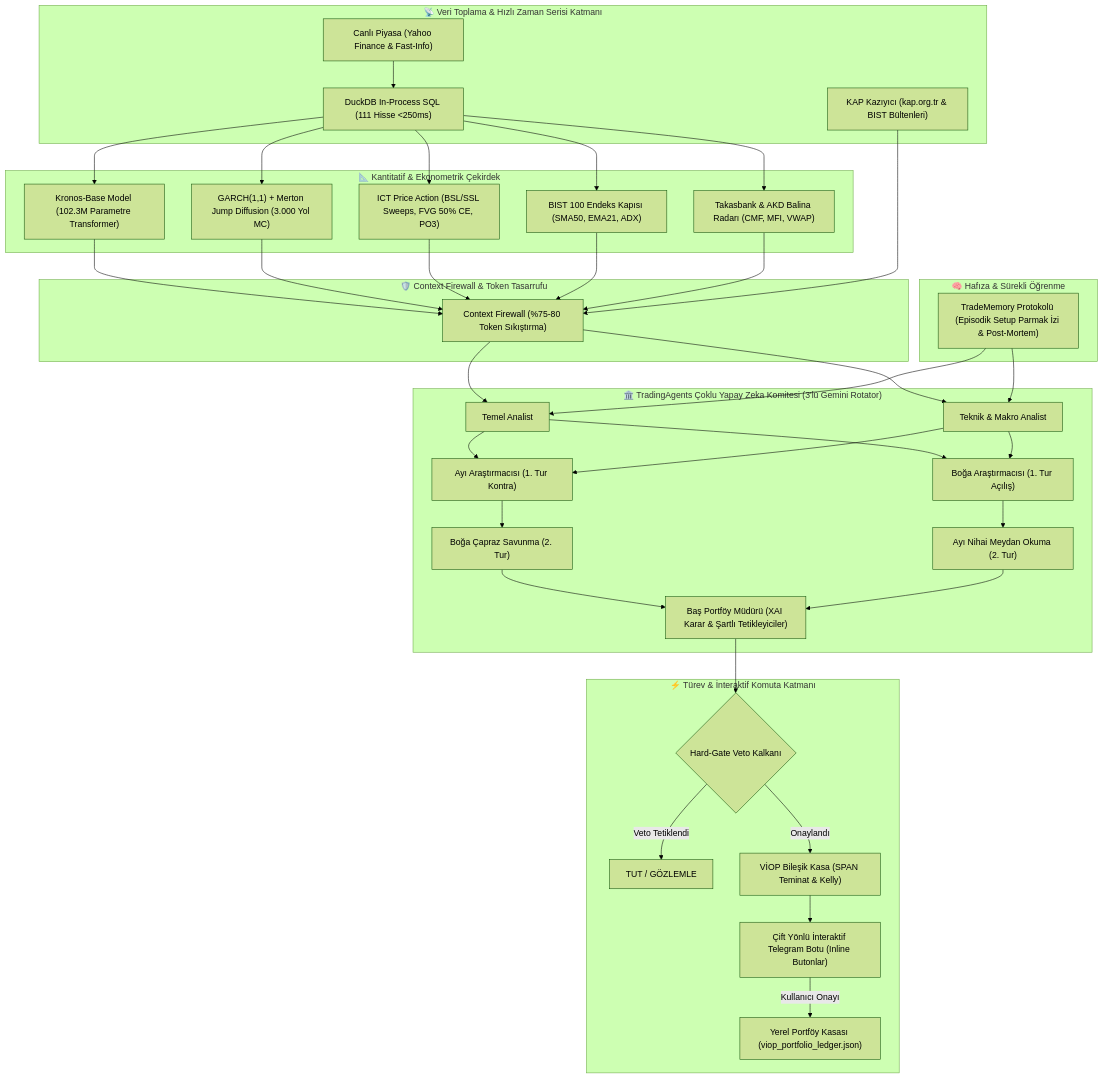
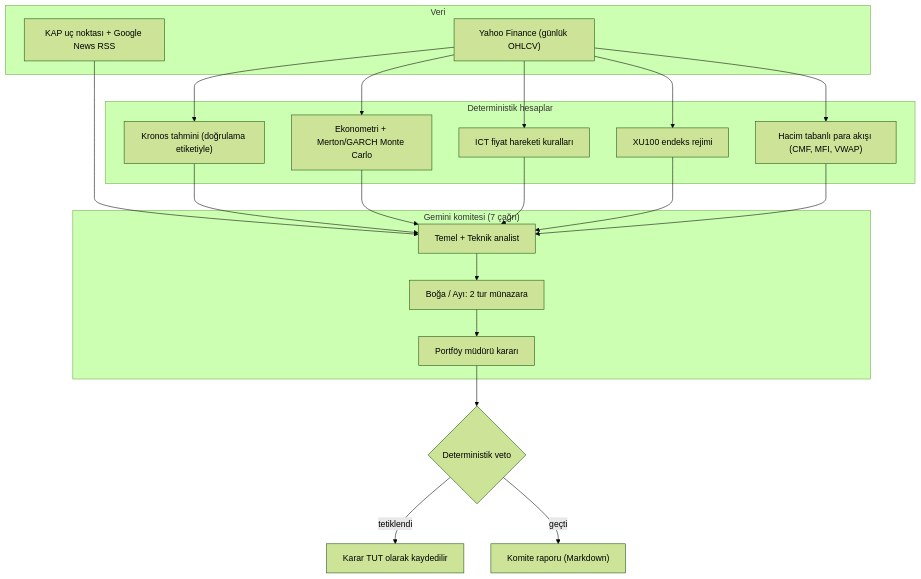
One commit to ferall57/BIST100-Hybrid-AI-Quant changed the diagram in README.md. Above: the diagram before and after it, drawn with Mermaid (forest theme). The commit also changed other lines of this file and 1 other file, not shown here.

````diff
--- a/README.md
+++ b/README.md
@@ -36,61 +60,28 @@
 ```mermaid
 flowchart TD
-    subgraph Data_Layer ["📡 Veri Toplama & Hızlı Zaman Serisi Katmanı"]
-        YF["Canlı Piyasa (Yahoo Finance & Fast-Info)"]
-        KAP["KAP Kazıyıcı (kap.org.tr & BIST Bültenleri)"]
-        DDB["DuckDB In-Process SQL (111 Hisse <250ms)"]
-        YF --> DDB
+    subgraph Veri ["Veri"]
+        YF["Yahoo Finance (günlük OHLCV)"]
+        NEWS["KAP uç noktası + Google News RSS"]
     end
 
-    subgraph Quant_Layer ["📐 Kantitatif & Ekonometrik Çekirdek"]
-        KRONOS_AI["Kronos-Base Model (102.3M Parametre Transformer)"]
-        ECON["GARCH(1,1) + Merton Jump Diffusion (3.000 Yol MC)"]
-        ICT["ICT Price Action (BSL/SSL Sweeps, FVG 50% CE, PO3)"]
-        GATE["BIST 100 Endeks Kapısı (SMA50, EMA21, ADX)"]
-        AKD["Takasbank & AKD Balina Radarı (CMF, MFI, VWAP)"]
-        DDB --> KRONOS_AI
-        DDB --> ECON
-        DDB --> ICT
-        DDB --> GATE
-        DDB --> AKD
+    subgraph Hesap ["Deterministik hesaplar"]
+        KRONOS["Kronos tahmini (doğrulama etiketiyle)"]
+        ECON["Ekonometri + Merton/GARCH Monte Carlo"]
+        ICT["ICT fiyat hareketi kuralları"]
+        GATE["XU100 endeks rejimi"]
+        FLOW["Hacim tabanlı para akışı (CMF, MFI, VWAP)"]
     end
 
-    subgraph Optimization ["🛡️ Context Firewall & Token Tasarrufu"]
-        CFW["Context Firewall (%75-80 Token Sıkıştırma)"]
-        KRONOS_AI --> CFW
-        ECON --> CFW
-        ICT --> CFW
-        GATE --> CFW
-        AKD --> CFW
-        KAP --> CFW
+    subgraph Komite ["Gemini komitesi (7 çağrı)"]
+        ANALIST["Temel + Teknik analist"]
+        DEBATE["Boğa / Ayı: 2 tur münazara"]
+        PM["Portföy müdürü kararı"]
     end
 
-    subgraph Memory_Layer ["🧠 Hafıza & Sürekli Öğrenme"]
-        TM["TradeMemory Protokolü (Episodik Setup Parmak İzi & Post-Mortem)"]
-    end
-
-    subgraph Committee_Layer ["🏛️ TradingAgents Çoklu Yapay Zeka Komitesi (3'lü Gemini Rotator)"]
-        FA["Temel Analist"]
-        TA["Teknik & Makro Analist"]
-        BULL["Boğa Araştırmacısı (1. Tur Açılış)"]
-        BEAR["Ayı Araştırmacısı (1. Tur Kontra)"]
-        REB_BULL["Boğa Çapraz Savunma (2. Tur)"]
-        REB_BEAR["Ayı Nihai Meydan Okuma (2. Tur)"]
-        EXEC["Baş Portföy Müdürü (XAI Karar & Şartlı Tetikleyiciler)"]
-
-        CFW --> FA & TA
-        TM --> FA & TA
-        FA & TA --> BULL & BEAR
-        BULL --> REB_BEAR
-        BEAR --> REB_BULL
-        REB_BULL & REB_BEAR --> EXEC
-    end
-
-    subgraph Execution_Layer ["⚡ Türev & İnteraktif Komuta Katmanı"]
-        EXEC --> VETO{"Hard-Gate Veto Kalkanı"}
-        VETO -->|Veto Tetiklendi| WAIT["TUT / GÖZLEMLE"]
-        VETO -->|Onaylandı| VIOP["VİOP Bileşik Kasa (SPAN Teminat & Kelly)"]
-        VIOP --> TG["Çift Yönlü İnteraktif Telegram Botu (Inline Butonlar)"]
-        TG -->|Kullanıcı Onayı| LEDGER["Yerel Portföy Kasası (viop_portfolio_ledger.json)"]
-    end
+    YF --> KRONOS & ECON & ICT & GATE & FLOW
+    NEWS --> ANALIST
+    KRONOS & ECON & ICT & GATE & FLOW --> ANALIST --> DEBATE --> PM
+    PM --> VETO{"Deterministik veto"}
+    VETO -->|tetiklendi| TUT["Karar TUT olarak kaydedilir"]
+    VETO -->|geçti| RAPOR["Komite raporu (Markdown)"]
 ```
````
